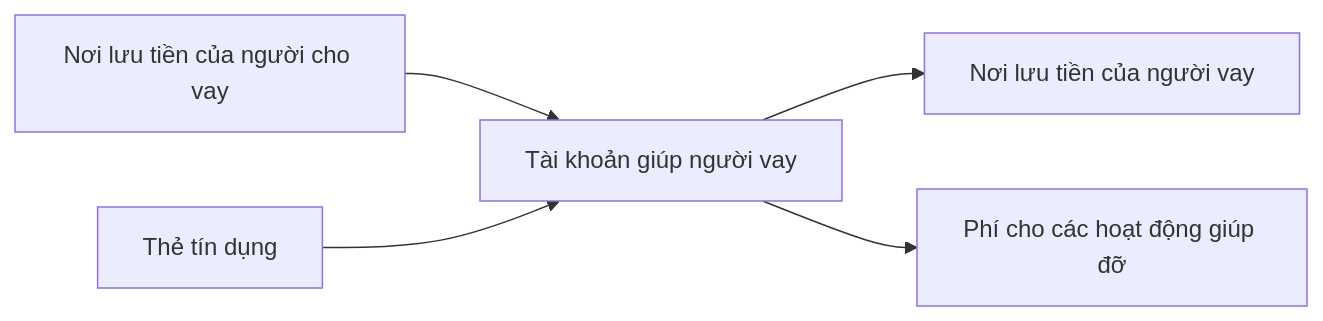
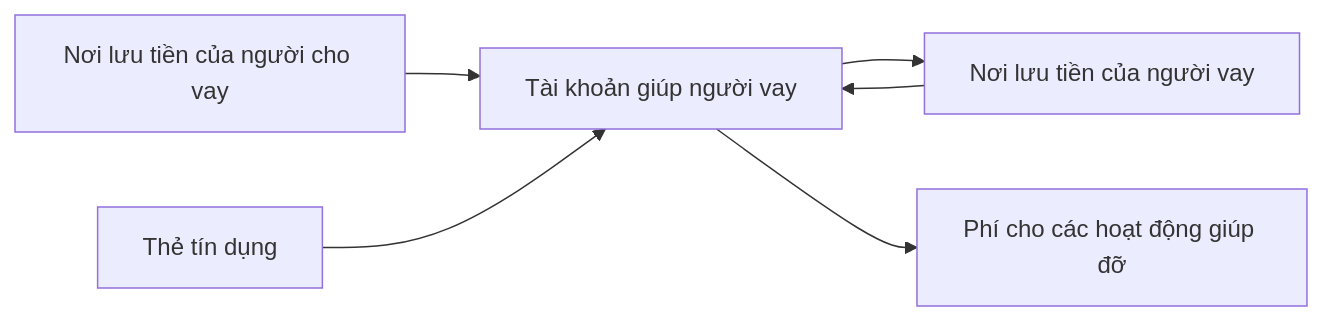
Before and after one commit to QuaCau-TheSphere/BV-ton-tai-trong-the-gioi-tu-ban: the first of 5 diagrams in 📐Dự án/Giúp nhau thoát nợ/Quỹ/Danh mục tài khoản và ý nghĩa bảng cân đối của quỹ.md, drawn with Mermaid. The commit also changed other lines of this file and 464 other files, not shown here.

````diff
--- a/📐Dự án/Giúp nhau thoát nợ/Quỹ/Danh mục tài khoản và ý nghĩa bảng cân đối của quỹ.md
+++ b/📐Dự án/Giúp nhau thoát nợ/Quỹ/Danh mục tài khoản và ý nghĩa bảng cân đối của quỹ.md
@@ -27,11 +92,11 @@
 ```mermaid
 flowchart LR
 a1["Nơi lưu tiền của người cho vay"] 
 a2["Thẻ tín dụng"]
 b["Tài khoản giúp người vay"]
 c1["Nơi lưu tiền của người vay"]
 c2["Phí cho các hoạt động giúp đỡ"]
 
-a1-->b-->c1
+a1-->b-->c1-->b
 a2-->b-->c2
 ```
````
